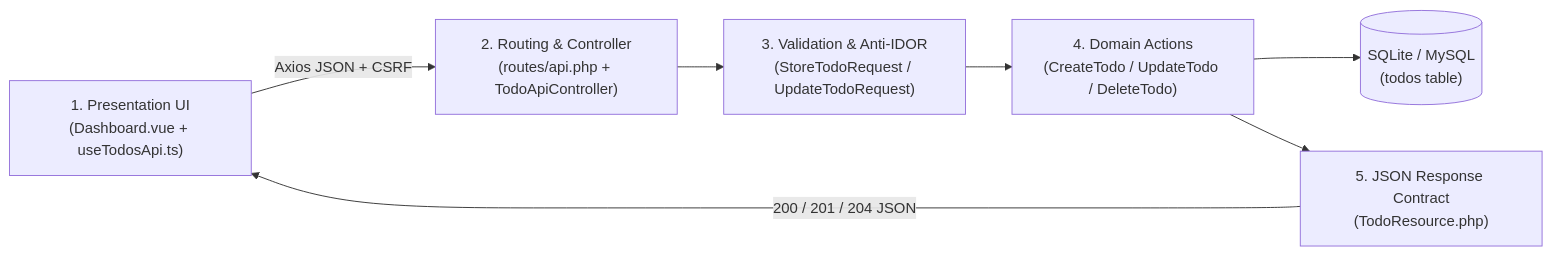
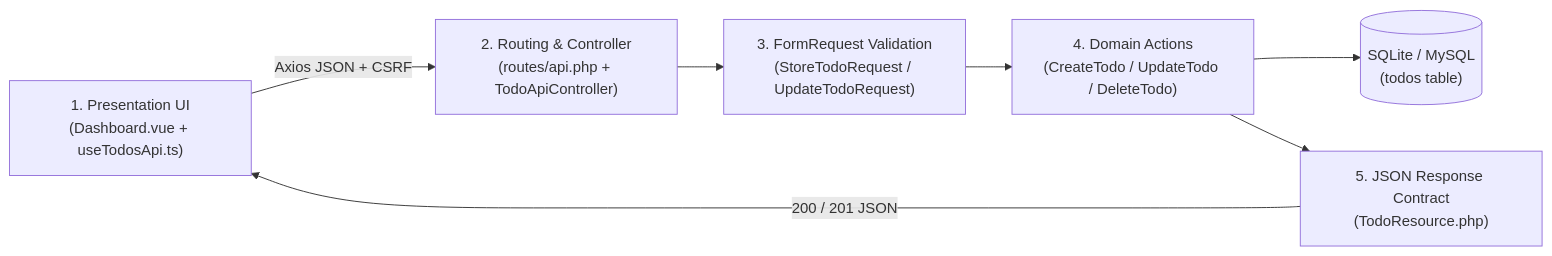
One commit to nguynbon03/TodoApp changed the first of 2 diagrams in README.md. Above: the diagram before and after it, drawn with Mermaid. The commit also changed other lines of this file and 300 other files, not shown here.

Commit message:
refactor(todo): prune starter-kit boilerplate and keep pure TodoApp Clean Architecture

````diff
--- a/README.md
+++ b/README.md
@@ -13,9 +13,9 @@
 ```mermaid
 flowchart LR
     UI["1. Presentation UI\n(Dashboard.vue + useTodosApi.ts)"] -->|"Axios JSON + CSRF"| API["2. Routing & Controller\n(routes/api.php + TodoApiController)"]
-    API --> GUARD["3. Validation & Anti-IDOR\n(StoreTodoRequest / UpdateTodoRequest)"]
+    API --> GUARD["3. FormRequest Validation\n(StoreTodoRequest / UpdateTodoRequest)"]
     GUARD --> ACTION["4. Domain Actions\n(CreateTodo / UpdateTodo / DeleteTodo)"]
     ACTION --> DB[("SQLite / MySQL\n(todos table)")]
     ACTION --> RES["5. JSON Response Contract\n(TodoResource.php)"]
-    RES -->|"200 / 201 / 204 JSON"| UI
+    RES -->|"200 / 201 JSON"| UI
 ```
````
